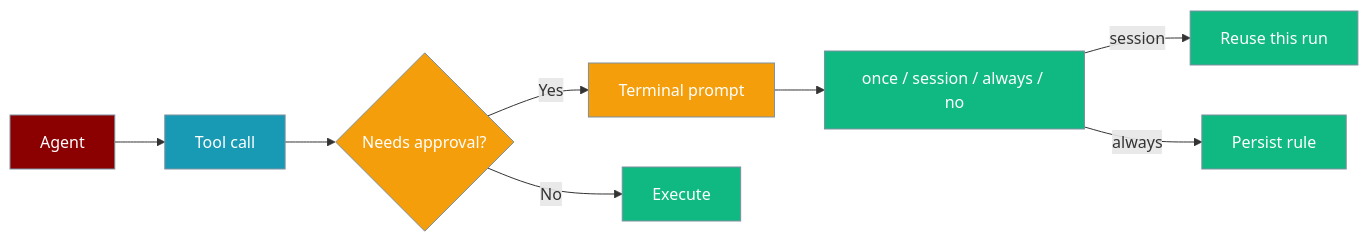
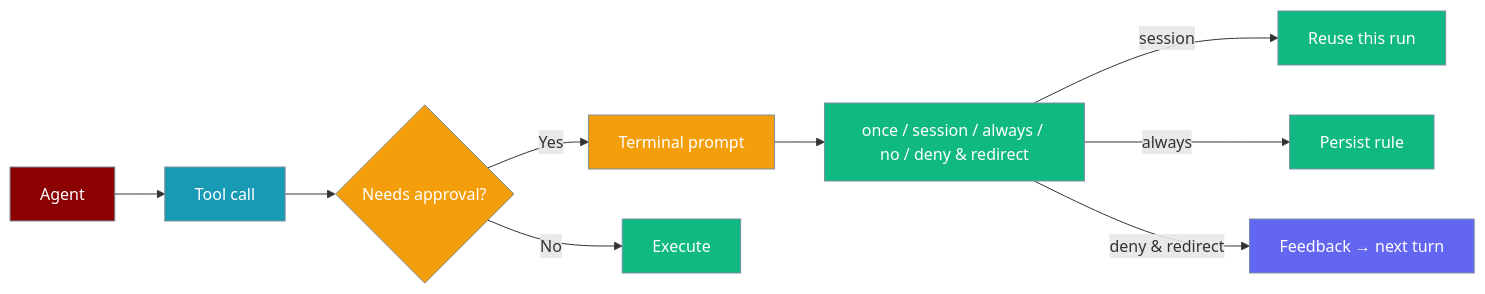
Before and after one commit to MervinPraison/PraisonAIDocs: the first of 7 diagrams in docs/features/interactive-approval.mdx, drawn with Mermaid. The commit also changed other lines of this file and 5 other files, not shown here.

First line of the commit message:
docs: add [d] deny & redirect to interactive approval prompt (fixes #3097)

````diff
--- a/docs/features/interactive-approval.mdx
+++ b/docs/features/interactive-approval.mdx
@@ -23,21 +23,24 @@
 ```mermaid
 graph LR
     A[Agent] --> B[Tool call]
     B --> C{Needs approval?}
     C -->|Yes| D[Terminal prompt]
-    D --> E[once / session / always / no]
+    D --> E[once / session / always / no / deny & redirect]
     E -->|session| F[Reuse this run]
     E -->|always| G[Persist rule]
+    E -->|deny & redirect| R[Feedback → next turn]
     C -->|No| H[Execute]
 
     classDef agent fill:#8B0000,stroke:#7C90A0,color:#fff
     classDef tool fill:#189AB4,stroke:#7C90A0,color:#fff
     classDef check fill:#F59E0B,stroke:#7C90A0,color:#fff
     classDef ok fill:#10B981,stroke:#7C90A0,color:#fff
+    classDef redirect fill:#6366F1,stroke:#7C90A0,color:#fff
 
     class A agent
     class B tool
     class C,D check
     class E,F,G,H ok
+    class R redirect
 
 ```
````
